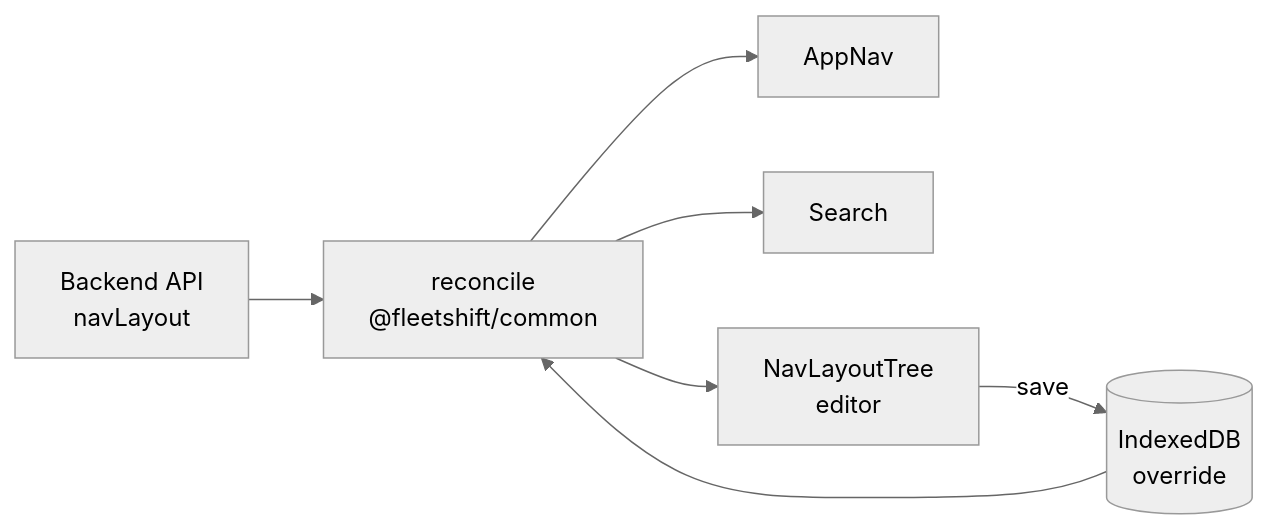
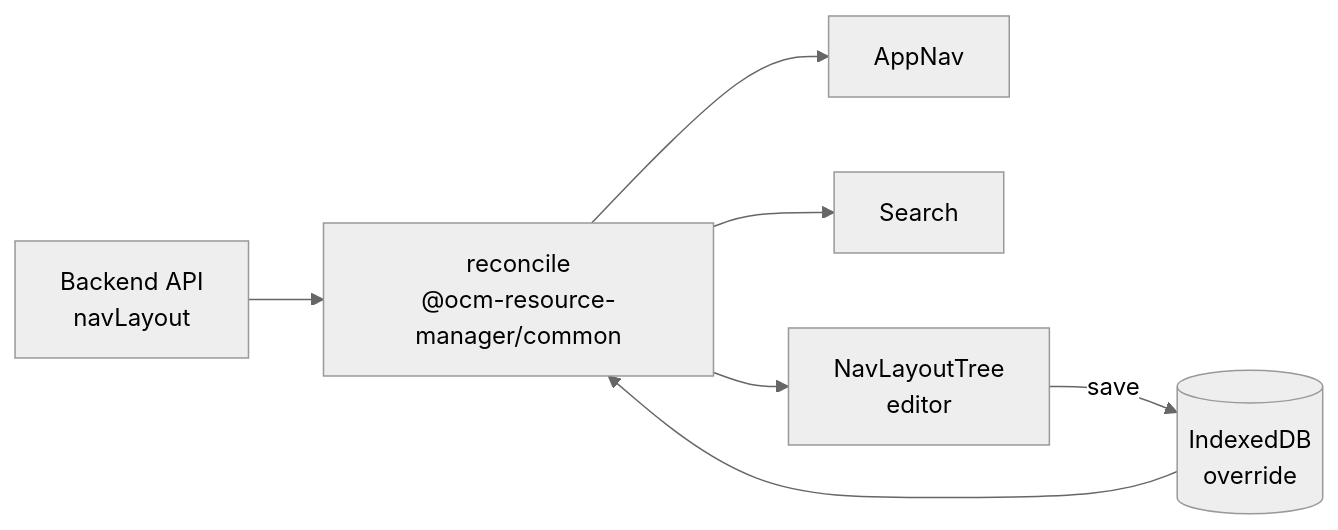
The third of 3 diagrams in docs/ui/nav-customization.md (fleetshift/fleetshift-poc), drawn with Mermaid (neutral theme) before and after one commit. The commit also changed other lines of this file and 1079 other files, not shown here.

Commit message:
Rename experimental OCM resource manager source and runtime identities

````diff
--- a/docs/ui/nav-customization.md
+++ b/docs/ui/nav-customization.md
@@ -313,9 +313,9 @@
 ```mermaid
 flowchart LR
-    BE["Backend API<br/>navLayout"] --> R["reconcile<br/>@fleetshift/common"]
+    BE["Backend API<br/>navLayout"] --> R["reconcile<br/>@ocm-resource-manager/common"]
     IDB[("IndexedDB<br/>override")] --> R
     R --> AN[AppNav]
     R --> S[Search]
     R --> T[NavLayoutTree\neditor]
     T -- save --> IDB
 ```
````
